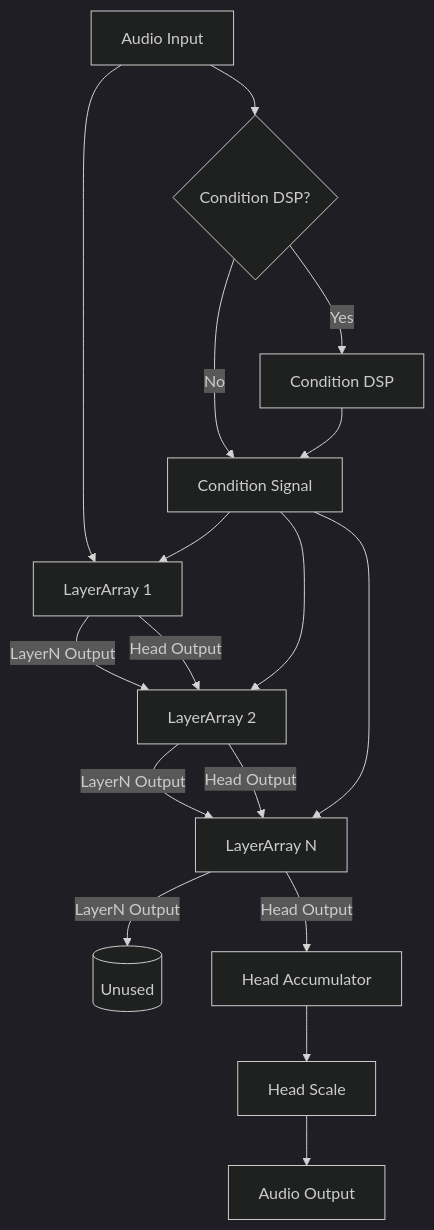
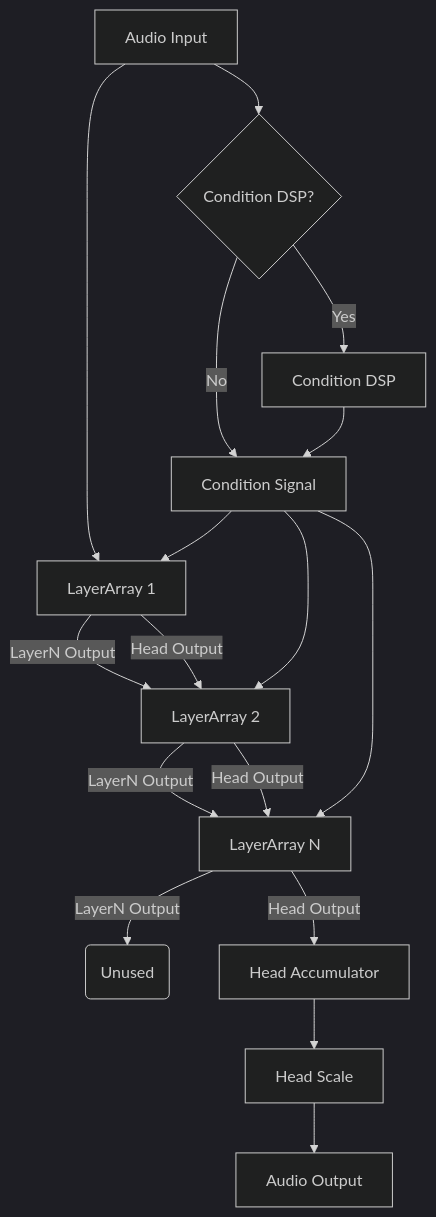
One commit to sdatkinson/NeuralAmpModelerCore changed the fourth of 4 diagrams in docs/wavenet_walkthrough.rst. Above: the diagram before and after it, drawn with Mermaid (dark theme).

Commit message:
Update wavenet_walkthrough.rst - unused node

```diff
--- a/docs/wavenet_walkthrough.rst
+++ b/docs/wavenet_walkthrough.rst
@@ -386,20 +386,20 @@
 .. mermaid::
    :caption: Complete WaveNet Processing Flow
 
    graph TD
        AudioIn[Audio Input] --> ConditionProc{Condition DSP?}
        ConditionProc -->|Yes| CondDSP[Condition DSP]
        ConditionProc -->|No| Condition[Condition Signal]
        CondDSP --> Condition
        AudioIn --> LayerArray1[LayerArray 1]
        Condition --> LayerArray1
        LayerArray1 -->|LayerN Output| LayerArray2[LayerArray 2]
        LayerArray1 -->|Head Output| LayerArray2
        Condition --> LayerArray2
        LayerArray2 -->|LayerN Output| LayerArrayN[LayerArray N]
        LayerArray2 -->|Head Output| LayerArrayN
        Condition --> LayerArrayN
-       LayerArrayN -->|LayerN Output| Unused[(Unused)]
+       LayerArrayN -->|LayerN Output| Unused(Unused)
        LayerArrayN -->|Head Output| HeadAccum[Head Accumulator]
        HeadAccum --> HeadScale[Head Scale]
        HeadScale --> AudioOut[Audio Output]
```
